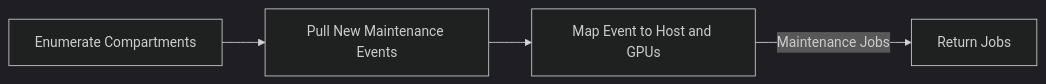
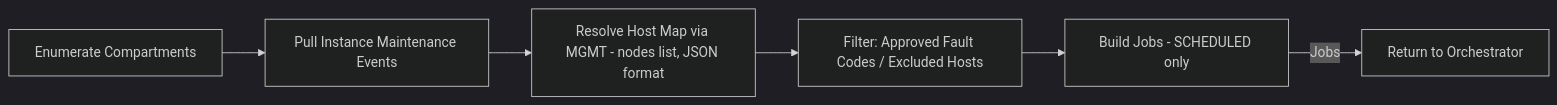
The second of 8 diagrams in README.md (veeragoni/hpc-maintenance), drawn with Mermaid (dark theme) before and after one commit. The commit also changed other lines of this file, not shown here.

Commit message:
updated readme with udpated flows

````diff
--- a/README.md
+++ b/README.md
@@ -28,6 +39,8 @@
 ```mermaid
 graph LR
-    A[Enumerate Compartments] --> B[Pull New Maintenance Events]
-    B --> C[Map Event to Host and GPUs]
-    C -- Maintenance Jobs --> D[Return Jobs]
+    A[Enumerate Compartments] --> B[Pull Instance Maintenance Events]
+    B --> C[Resolve Host Map via MGMT - nodes list, JSON format]
+    C --> D[Filter: Approved Fault Codes / Excluded Hosts]
+    D --> E[Build Jobs - SCHEDULED only]
+    E -->|Jobs| F[Return to Orchestrator]
 ```
````
